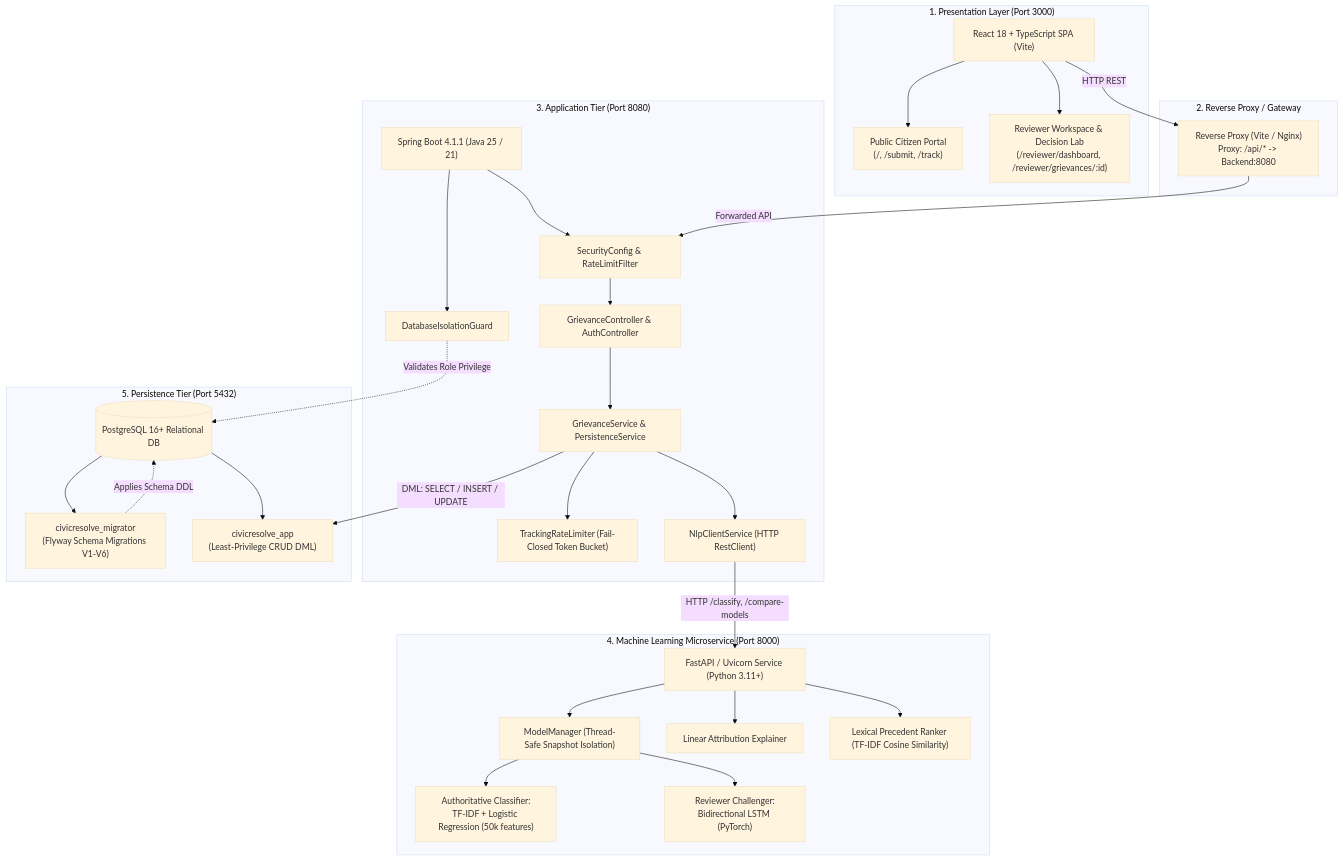
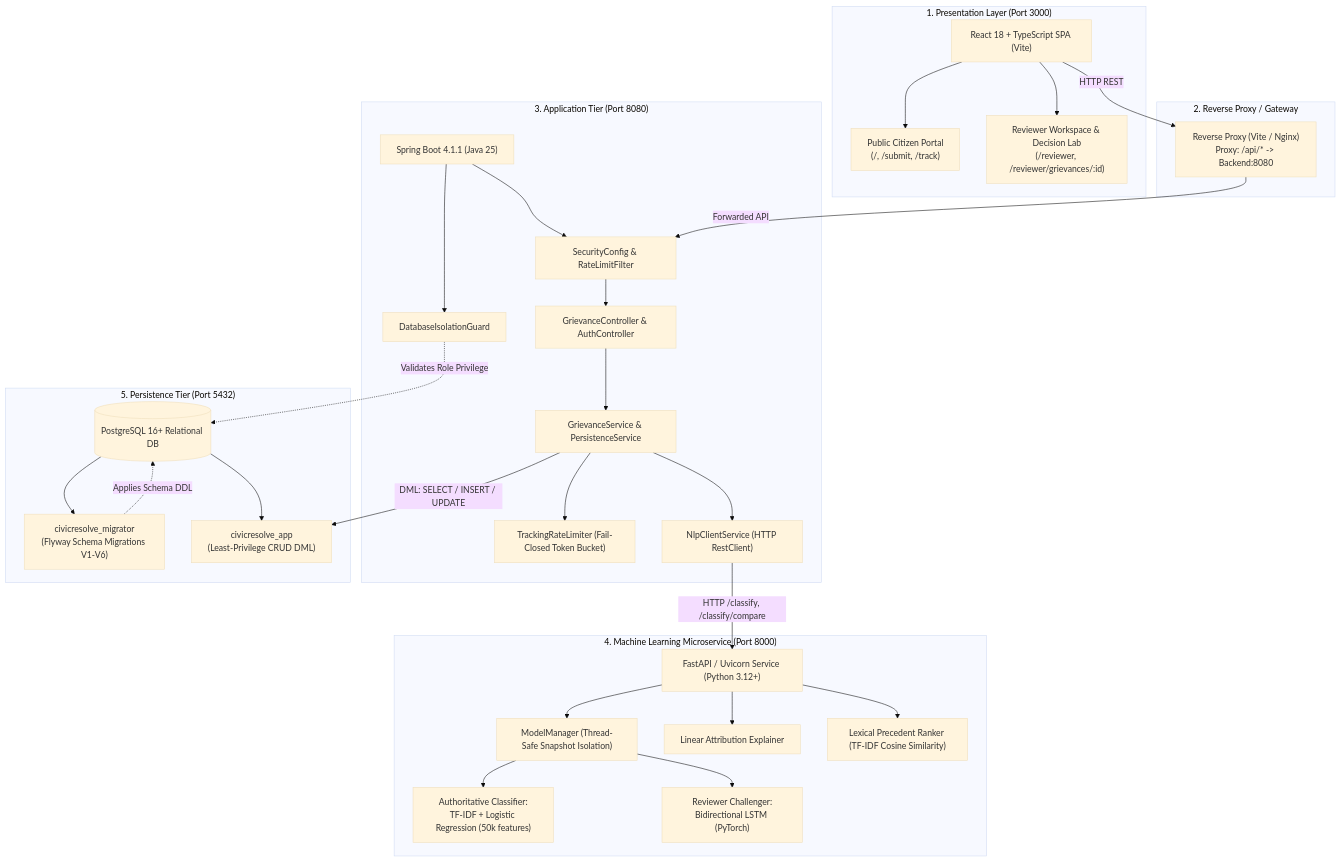
The first of 3 diagrams in docs/ARCHITECTURE.md (Gaurav-Ojha65/CivicResolveAI), drawn with Mermaid (base theme) before and after one commit. The commit also changed other lines of this file and 31 other files, not shown here.

````diff
--- a/docs/ARCHITECTURE.md
+++ b/docs/ARCHITECTURE.md
@@ -11,69 +11,69 @@
 ```mermaid
 flowchart TD
     subgraph ClientTier ["1. Presentation Layer (Port 3000)"]
         ReactApp["React 18 + TypeScript SPA (Vite)"]
         CitizenPortal["Public Citizen Portal
 (/, /submit, /track)"]
         ReviewerApp["Reviewer Workspace & Decision Lab
-(/reviewer/dashboard, /reviewer/grievances/:id)"]
+(/reviewer, /reviewer/grievances/:id)"]
         ReactApp --> CitizenPortal
         ReactApp --> ReviewerApp
     end
 
     subgraph GatewayTier ["2. Reverse Proxy / Gateway"]
         ViteDevProxy["Reverse Proxy (Vite / Nginx)
 Proxy: /api/* -> Backend:8080"]
     end
 
     subgraph BackendTier ["3. Application Tier (Port 8080)"]
-        SpringApp["Spring Boot 4.1.1 (Java 25 / 21)"]
+        SpringApp["Spring Boot 4.1.1 (Java 25)"]
         SecFilter["SecurityConfig & RateLimitFilter"]
         Controllers["GrievanceController & AuthController"]
         ServiceLayer["GrievanceService & PersistenceService"]
         RateLimiter["TrackingRateLimiter (Fail-Closed Token Bucket)"]
         NlpClient["NlpClientService (HTTP RestClient)"]
         IsoGuard["DatabaseIsolationGuard"]
 
         SpringApp --> SecFilter
         SecFilter --> Controllers
         Controllers --> ServiceLayer
         ServiceLayer --> RateLimiter
         ServiceLayer --> NlpClient
         SpringApp --> IsoGuard
     end
 
     subgraph NlpTier ["4. Machine Learning Microservice (Port 8000)"]
-        FastAPI["FastAPI / Uvicorn Service (Python 3.11+)"]
+        FastAPI["FastAPI / Uvicorn Service (Python 3.12+)"]
         ModelManager["ModelManager (Thread-Safe Snapshot Isolation)"]
         BaselineModel["Authoritative Classifier:
 TF-IDF + Logistic Regression (50k features)"]
         ChallengerModel["Reviewer Challenger:
 Bidirectional LSTM (PyTorch)"]
         Explainer["Linear Attribution Explainer"]
         PrecedentRanker["Lexical Precedent Ranker (TF-IDF Cosine Similarity)"]
 
         FastAPI --> ModelManager
         ModelManager --> BaselineModel
         ModelManager --> ChallengerModel
         FastAPI --> Explainer
         FastAPI --> PrecedentRanker
     end
 
     subgraph StorageTier ["5. Persistence Tier (Port 5432)"]
         Postgres[("PostgreSQL 16+ Relational DB")]
         MigratorRole["civicresolve_migrator
 (Flyway Schema Migrations V1-V6)"]
         AppRole["civicresolve_app
 (Least-Privilege CRUD DML)"]
 
         Postgres --> MigratorRole
         Postgres --> AppRole
     end
 
     ReactApp -->|HTTP REST| ViteDevProxy
     ViteDevProxy -->|Forwarded API| SecFilter
     ServiceLayer -->|DML: SELECT / INSERT / UPDATE| AppRole
     IsoGuard -.->|Validates Role Privilege| Postgres
     MigratorRole -.->|Applies Schema DDL| Postgres
-    NlpClient -->|HTTP /classify, /compare-models| FastAPI
+    NlpClient -->|HTTP /classify, /classify/compare| FastAPI
 ```
````
